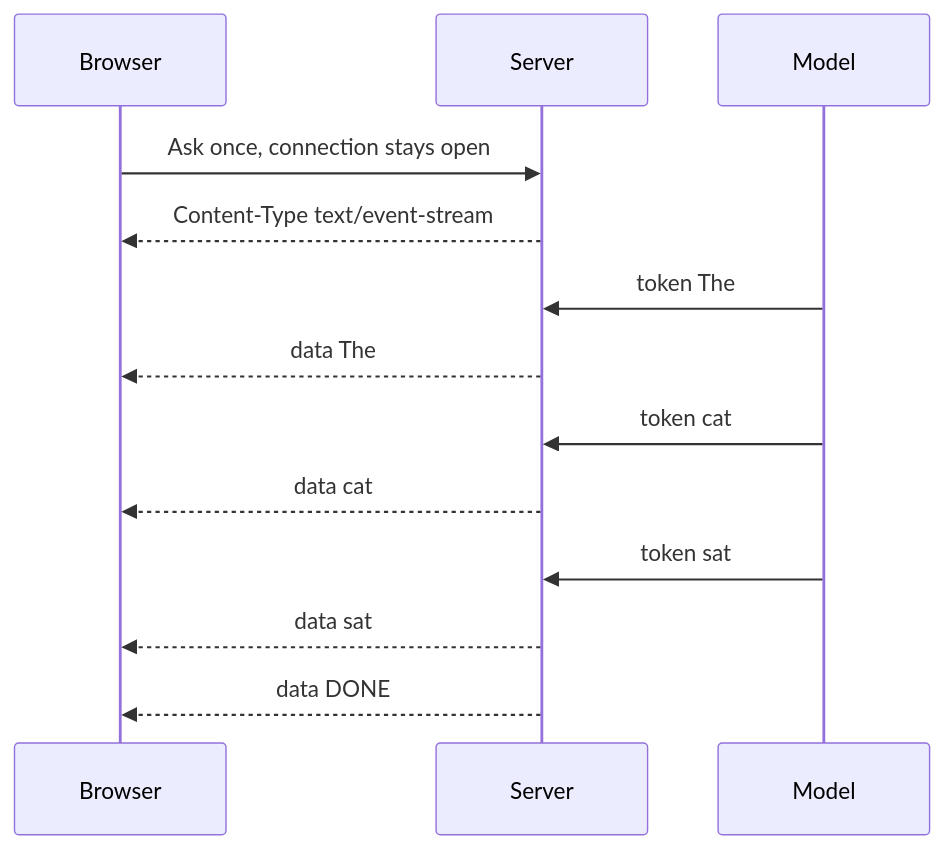
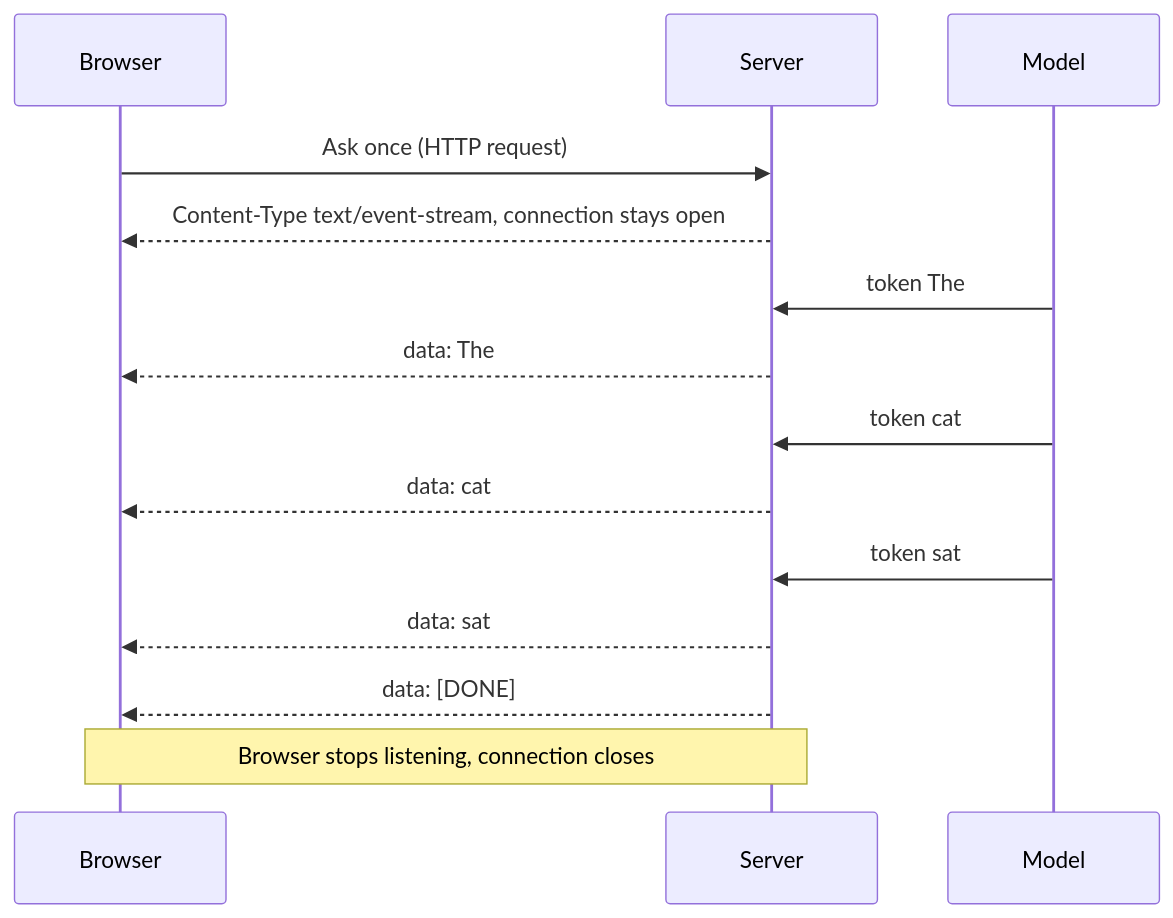
The first of 2 diagrams in notes/step-04-how-llms-generate-text/067-how-does-token-streaming-work.md (kaisarnajar/outcome-school-blogs), drawn with Mermaid before and after one commit. The commit also changed other lines of this file and 233 other files, not shown here.

````diff
--- a/notes/step-04-how-llms-generate-text/067-how-does-token-streaming-work.md
+++ b/notes/step-04-how-llms-generate-text/067-how-does-token-streaming-work.md
@@ -42,15 +68,16 @@
 ```mermaid
 sequenceDiagram
     participant B as Browser
     participant S as Server
     participant M as Model
-    B->>S: Ask once, connection stays open
-    S-->>B: Content-Type text/event-stream
+    B->>S: Ask once (HTTP request)
+    S-->>B: Content-Type text/event-stream, connection stays open
     M->>S: token The
-    S-->>B: data The
+    S-->>B: data: The
     M->>S: token cat
-    S-->>B: data cat
+    S-->>B: data: cat
     M->>S: token sat
-    S-->>B: data sat
-    S-->>B: data DONE
+    S-->>B: data: sat
+    S-->>B: data: [DONE]
+    Note over B,S: Browser stops listening, connection closes
 ```
````
